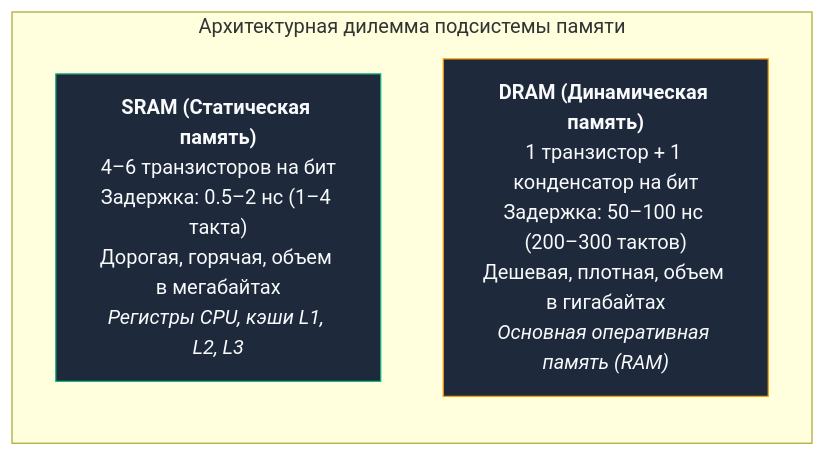
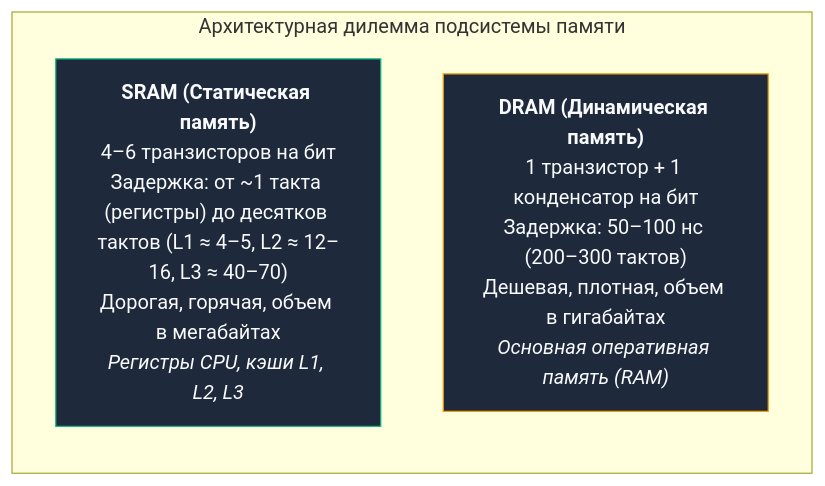
One commit to UnrealTemplier/go-textbook-ru changed the fifth of 5 diagrams in sources/1. Архитектура компьютера/4. Последовательностная логика. Учим кремний помнить.md. Above: the diagram before and after it, drawn with Mermaid. The commit also changed other lines of this file and 40 other files, not shown here.

````diff
--- a/sources/1. Архитектура компьютера/4. Последовательностная логика. Учим кремний помнить.md
+++ b/sources/1. Архитектура компьютера/4. Последовательностная логика. Учим кремний помнить.md
@@ -247,13 +250,13 @@
 ```mermaid
 flowchart TD
     subgraph MemoryHierarchy ["Архитектурная дилемма подсистемы памяти"]
         direction TB
-        SRAM["<b>SRAM (Статическая память)</b><br>4–6 транзисторов на бит<br>Задержка: 0.5–2 нс (1–4 такта)<br>Дорогая, горячая, объем в мегабайтах<br><i>Регистры CPU, кэши L1, L2, L3</i>"]
+        SRAM["<b>SRAM (Статическая память)</b><br>4–6 транзисторов на бит<br>Задержка: от ~1 такта (регистры) до десятков тактов (L1 ≈ 4–5, L2 ≈ 12–16, L3 ≈ 40–70)<br>Дорогая, горячая, объем в мегабайтах<br><i>Регистры CPU, кэши L1, L2, L3</i>"]
         DRAM["<b>DRAM (Динамическая память)</b><br>1 транзистор + 1 конденсатор на бит<br>Задержка: 50–100 нс (200–300 тактов)<br>Дешевая, плотная, объем в гигабайтах<br><i>Основная оперативная память (RAM)</i>"]
     end
 
     classDef sram fill:#1e293b,stroke:#10b981,stroke-width:1px,color:#f8fafc;
     classDef dram fill:#1e293b,stroke:#f59e0b,stroke-width:1px,color:#f8fafc;
     class SRAM sram;
     class DRAM dram;
 ```
````
